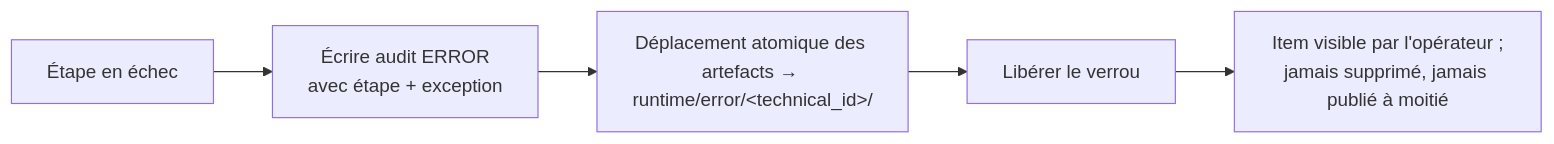
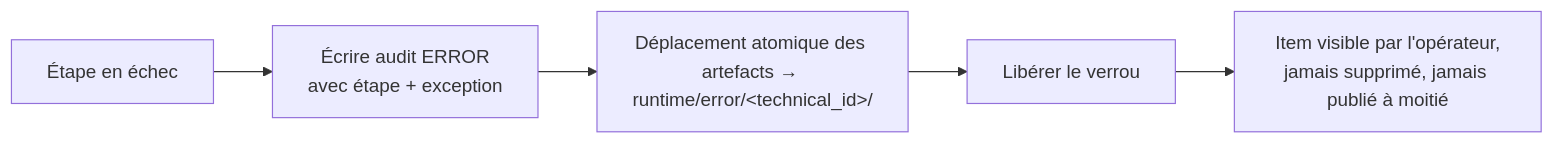
One commit to coality/file-router changed the fifth of 5 diagrams in docs/02-flows.md. Above: the diagram before and after it, drawn with Mermaid. The commit also changed other lines of this file, not shown here.

Commit message:
docs: fix Mermaid parse error in 02-flows
Remove semicolons from a sequenceDiagram message and a flowchart node
label; in sequence diagrams ';' is a statement separator and truncated
the message, breaking GitHub rich rendering.

````diff
--- a/docs/02-flows.md
+++ b/docs/02-flows.md
@@ -161,7 +161,7 @@
 ```mermaid
 flowchart LR
     X[Étape en échec] --> Y[Écrire audit ERROR<br/>avec étape + exception]
     Y --> Z[Déplacement atomique des artefacts → runtime/error/&lt;technical_id&gt;/]
     Z --> W[Libérer le verrou]
-    W --> V[Item visible par l'opérateur ;<br/>jamais supprimé, jamais publié à moitié]
+    W --> V[Item visible par l'opérateur,<br/>jamais supprimé, jamais publié à moitié]
 ```
````
